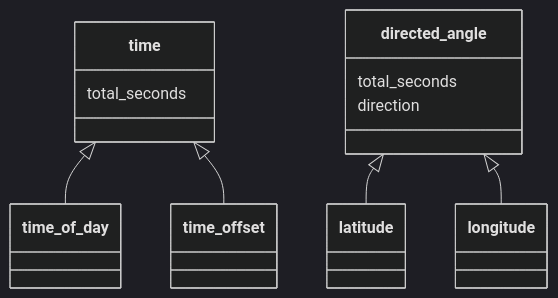
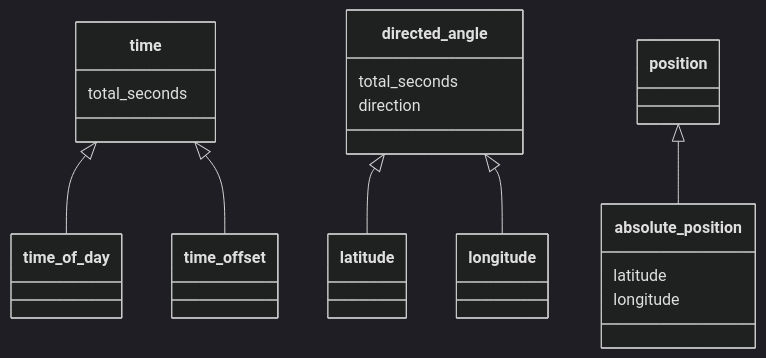
The diagram in doc/architecture.md (fraya/dylan-programming-book), drawn with Mermaid (dark theme) before and after one commit.

Commit message:
Add position slots

````diff
--- a/doc/architecture.md
+++ b/doc/architecture.md
@@ -5,13 +5,18 @@
 ```mermaid
 classDiagram
       class time
       time : total_seconds
       time <|-- time_of_day
       time <|-- time_offset
 
       class directed_angle
       directed_angle : total_seconds
       directed_angle : direction
       directed_angle <|-- latitude
       directed_angle <|-- longitude
+
+      class position
+      position <|-- absolute_position
+      absolute_position : latitude
+      absolute_position : longitude
 ```
````
